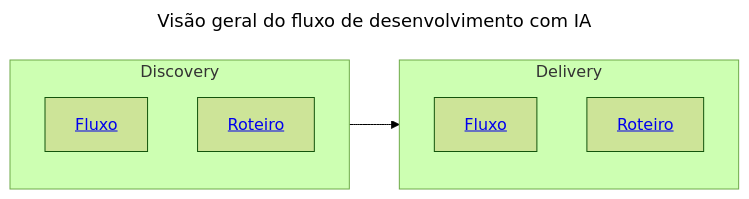
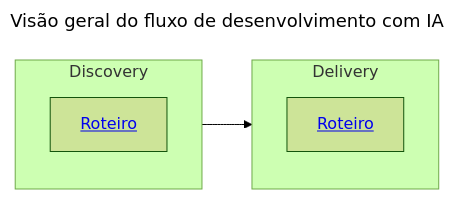
Before and after one commit to valuedriven/devai: the diagram in docs/fluxo/fluxo_geral.md, drawn with Mermaid (forest theme). The commit also changed 5 other files, not shown here.

````diff
--- a/docs/fluxo/fluxo_geral.md
+++ b/docs/fluxo/fluxo_geral.md
@@ -3,19 +3,17 @@
 ```mermaid
 ---
 title: Visão geral do fluxo de desenvolvimento com IA
 ---
 graph LR 
 
 subgraph Discovery
-    A[<a href='https://github.com/valuedriven/sewai/blob/main/docs/fluxo/fluxo_discovery.md'>Fluxo</a>]
-    B[<a href='https://github.com/valuedriven/sewai/blob/main/docs/fluxo/roteiro_discovery.md'>Roteiro</a>]
+    A[<a href='https://github.com/valuedriven/sewai/blob/main/docs/fluxo/roteiro_discovery.md'>Roteiro</a>]
 end
 
 subgraph Delivery
-    C[<a href='https://github.com/valuedriven/sewai/blob/main/docs/fluxo/fluxo_delivery.md'>Fluxo</a>]
-    D[<a href='https://github.com/valuedriven/sewai/blob/main/docs/fluxo/roteiro_delivery.md'>Roteiro</a>]
+    B[<a href='https://github.com/valuedriven/sewai/blob/main/docs/fluxo/roteiro_delivery.md'>Roteiro</a>]
 end
 
 Discovery --> Delivery
 
 ```
````
